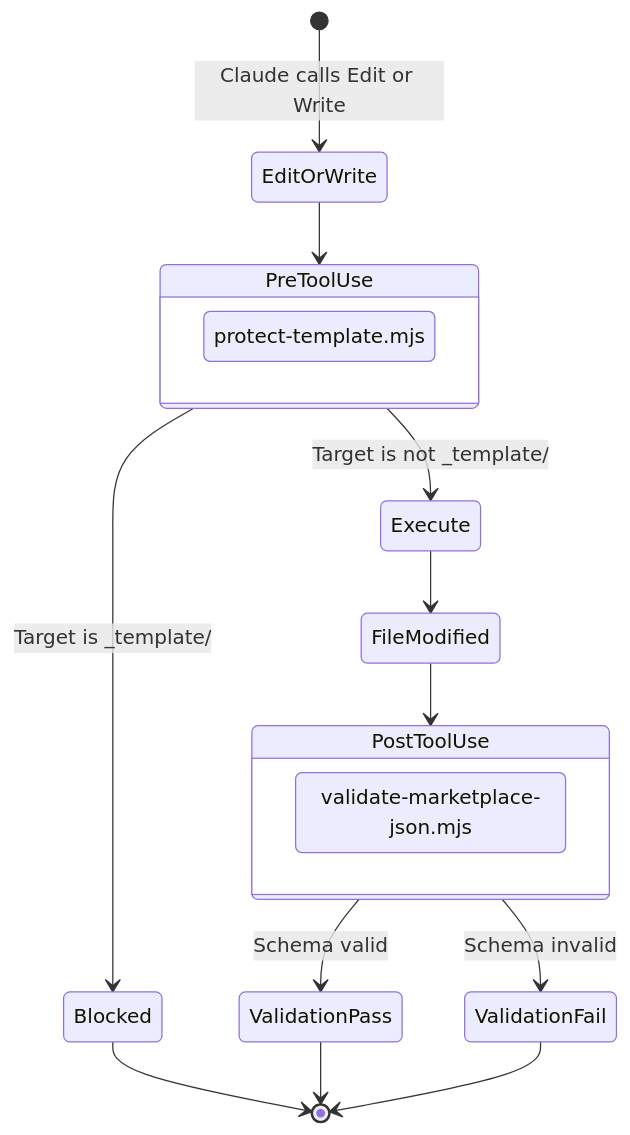
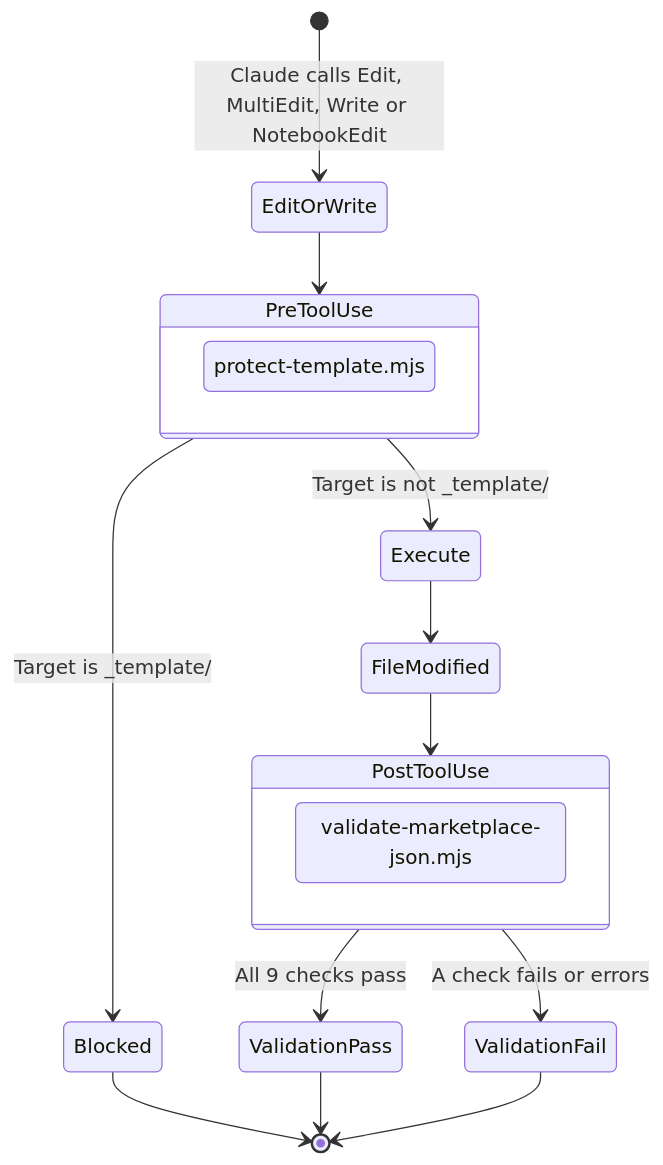
Before and after one commit to odeciojunior/claude-play: the fifth of 5 diagrams in docs/diagrams/repo-architecture.md, drawn with Mermaid. The commit also changed other lines of this file and 6 other files, not shown here.

````diff
--- a/docs/diagrams/repo-architecture.md
+++ b/docs/diagrams/repo-architecture.md
@@ -193,31 +193,31 @@
 ```mermaid
 ---
 config:
   theme: default
 ---
 stateDiagram-v2
   accTitle: Hook Execution Flow
   accDescr: Shows how PreToolUse and PostToolUse hooks fire during file editing
 
-  [*] --> EditOrWrite: Claude calls Edit or Write
+  [*] --> EditOrWrite: Claude calls Edit, MultiEdit, Write or NotebookEdit
 
   state PreToolUse {
     check_template: protect-template.mjs
   }
 
   EditOrWrite --> PreToolUse
   PreToolUse --> Blocked: Target is _template/
   PreToolUse --> Execute: Target is not _template/
   Blocked --> [*]
 
   state PostToolUse {
     validate: validate-marketplace-json.mjs
   }
 
   Execute --> FileModified
   FileModified --> PostToolUse
-  PostToolUse --> ValidationPass: Schema valid
-  PostToolUse --> ValidationFail: Schema invalid
+  PostToolUse --> ValidationPass: All 9 checks pass
+  PostToolUse --> ValidationFail: A check fails or errors
   ValidationPass --> [*]
   ValidationFail --> [*]
 ```
````
